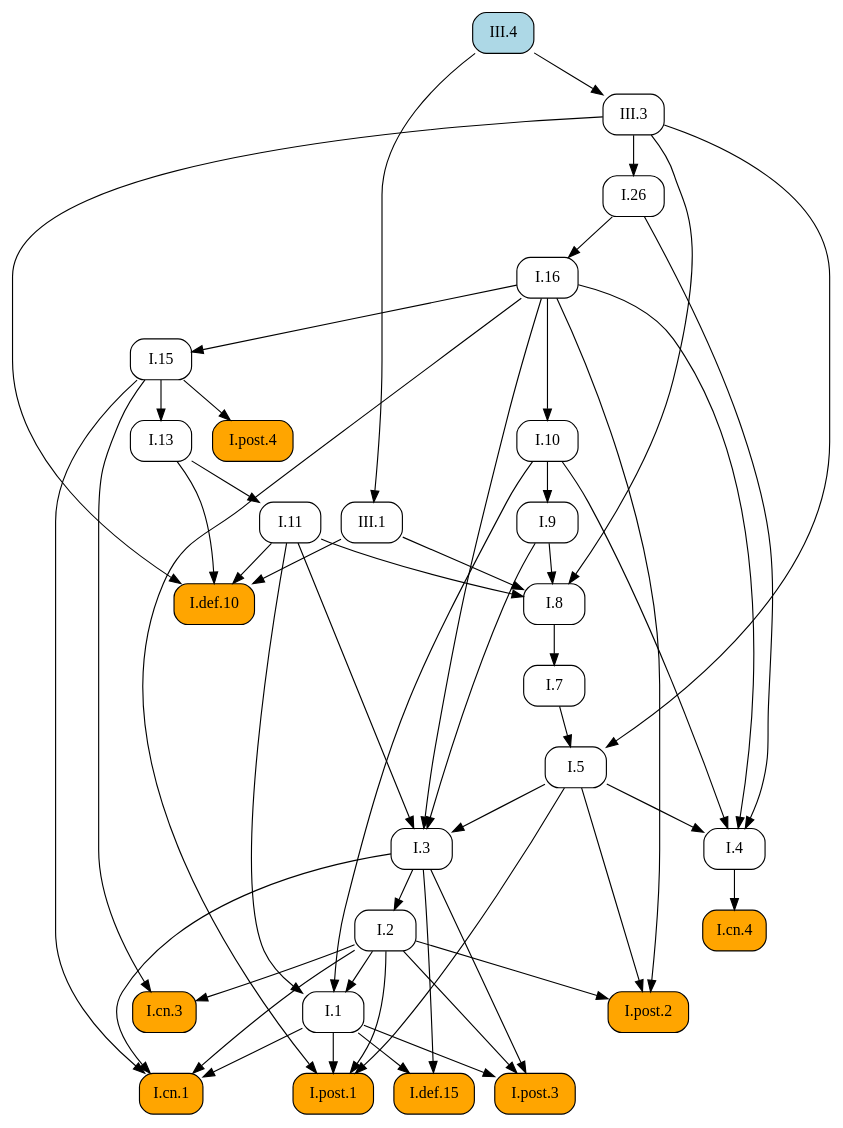
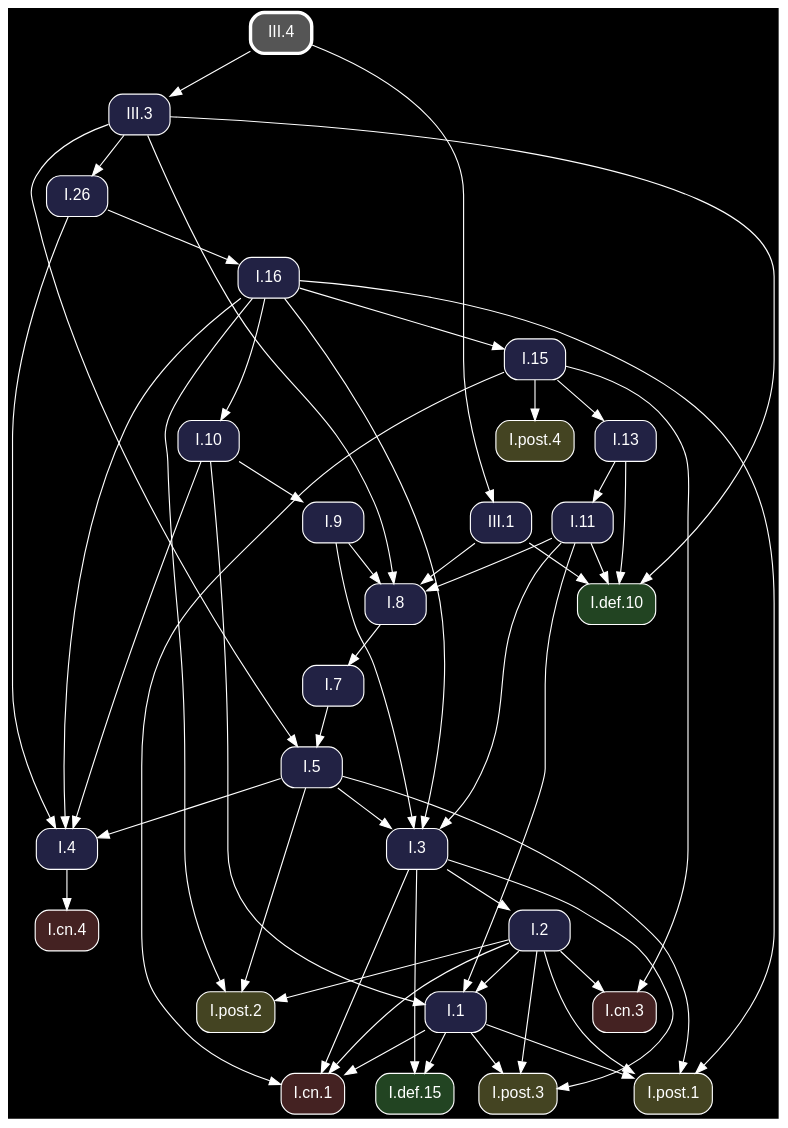
One commit to geometor/elements changed the diagram in docsrc/heath/III/4/index.rst. Above: the diagram before and after it, drawn with Graphviz. The commit also changed other lines of this file and 1200 other files, not shown here.

Commit message:
update dependency graphs

```diff
--- a/docsrc/heath/III/4/index.rst
+++ b/docsrc/heath/III/4/index.rst
@@ -58,84 +58,86 @@
 .. graphviz::
 
    digraph {
+     bgcolor="black";
+     node [shape=box, style="rounded,filled", fontname="Helvetica", color="white", fontcolor="white"];
+     edge [color="white", fontcolor="white"];
      rankdir="TB";
-     node [shape=box, style=rounded];
-     "I.9" [URL="/heath/I/9/", target="_top"];
-     "I.cn.1" [style="rounded,filled", fillcolor=orange, URL="/heath/I/cn.1/", target="_top"];
-     "I.7" [URL="/heath/I/7/", target="_top"];
-     "I.2" [URL="/heath/I/2/", target="_top"];
-     "I.def.15" [style="rounded,filled", fillcolor=orange, URL="/heath/I/def.15/", target="_top"];
-     "I.13" [URL="/heath/I/13/", target="_top"];
-     "I.post.4" [style="rounded,filled", fillcolor=orange, URL="/heath/I/post.4/", target="_top"];
-     "I.4" [URL="/heath/I/4/", target="_top"];
-     "I.1" [URL="/heath/I/1/", target="_top"];
-     "I.post.3" [style="rounded,filled", fillcolor=orange, URL="/heath/I/post.3/", target="_top"];
-     "III.1" [URL="/heath/III/1/", target="_top"];
-     "I.post.1" [style="rounded,filled", fillcolor=orange, URL="/heath/I/post.1/", target="_top"];
-     "I.5" [URL="/heath/I/5/", target="_top"];
-     "I.8" [URL="/heath/I/8/", target="_top"];
-     "III.3" [URL="/heath/III/3/", target="_top"];
-     "I.cn.3" [style="rounded,filled", fillcolor=orange, URL="/heath/I/cn.3/", target="_top"];
-     "III.4" [style="rounded,filled", fillcolor=lightblue, URL="/heath/III/4/", target="_top"];
-     "I.16" [URL="/heath/I/16/", target="_top"];
-     "I.def.10" [style="rounded,filled", fillcolor=orange, URL="/heath/I/def.10/", target="_top"];
-     "I.15" [URL="/heath/I/15/", target="_top"];
-     "I.10" [URL="/heath/I/10/", target="_top"];
-     "I.11" [URL="/heath/I/11/", target="_top"];
-     "I.cn.4" [style="rounded,filled", fillcolor=orange, URL="/heath/I/cn.4/", target="_top"];
-     "I.post.2" [style="rounded,filled", fillcolor=orange, URL="/heath/I/post.2/", target="_top"];
-     "I.26" [URL="/heath/I/26/", target="_top"];
-     "I.3" [URL="/heath/I/3/", target="_top"];
-     "I.10" -> "I.9";
+     "I.3" [fillcolor="#222244", URL="/heath/I/3/", target="_top"];
+     "I.post.1" [fillcolor="#444422", URL="/heath/I/post.1/", target="_top"];
+     "I.cn.1" [fillcolor="#442222", URL="/heath/I/cn.1/", target="_top"];
+     "I.def.10" [fillcolor="#224422", URL="/heath/I/def.10/", target="_top"];
+     "I.15" [fillcolor="#222244", URL="/heath/I/15/", target="_top"];
+     "III.4" [penwidth=3, color="white", fillcolor="#555555", URL="/heath/III/4/", target="_top"];
+     "I.11" [fillcolor="#222244", URL="/heath/I/11/", target="_top"];
+     "I.16" [fillcolor="#222244", URL="/heath/I/16/", target="_top"];
+     "I.cn.3" [fillcolor="#442222", URL="/heath/I/cn.3/", target="_top"];
+     "I.13" [fillcolor="#222244", URL="/heath/I/13/", target="_top"];
+     "I.2" [fillcolor="#222244", URL="/heath/I/2/", target="_top"];
+     "I.post.2" [fillcolor="#444422", URL="/heath/I/post.2/", target="_top"];
+     "III.1" [fillcolor="#222244", URL="/heath/III/1/", target="_top"];
+     "I.cn.4" [fillcolor="#442222", URL="/heath/I/cn.4/", target="_top"];
+     "I.9" [fillcolor="#222244", URL="/heath/I/9/", target="_top"];
+     "I.1" [fillcolor="#222244", URL="/heath/I/1/", target="_top"];
+     "III.3" [fillcolor="#222244", URL="/heath/III/3/", target="_top"];
+     "I.post.4" [fillcolor="#444422", URL="/heath/I/post.4/", target="_top"];
+     "I.26" [fillcolor="#222244", URL="/heath/I/26/", target="_top"];
+     "I.8" [fillcolor="#222244", URL="/heath/I/8/", target="_top"];
+     "I.4" [fillcolor="#222244", URL="/heath/I/4/", target="_top"];
+     "I.post.3" [fillcolor="#444422", URL="/heath/I/post.3/", target="_top"];
+     "I.7" [fillcolor="#222244", URL="/heath/I/7/", target="_top"];
+     "I.def.15" [fillcolor="#224422", URL="/heath/I/def.15/", target="_top"];
+     "I.5" [fillcolor="#222244", URL="/heath/I/5/", target="_top"];
+     "I.10" [fillcolor="#222244", URL="/heath/I/10/", target="_top"];
+     "I.5" -> "I.3";
+     "I.9" -> "I.3";
+     "I.11" -> "I.3";
+     "I.16" -> "I.3";
+     "I.1" -> "I.post.1";
+     "I.2" -> "I.post.1";
+     "I.5" -> "I.post.1";
+     "I.16" -> "I.post.1";
      "I.1" -> "I.cn.1";
      "I.2" -> "I.cn.1";
      "I.3" -> "I.cn.1";
      "I.15" -> "I.cn.1";
-     "I.8" -> "I.7";
-     "I.3" -> "I.2";
-     "I.1" -> "I.def.15";
-     "I.3" -> "I.def.15";
-     "I.15" -> "I.13";
-     "I.15" -> "I.post.4";
-     "I.5" -> "I.4";
-     "I.10" -> "I.4";
-     "I.16" -> "I.4";
-     "I.26" -> "I.4";
-     "I.2" -> "I.1";
-     "I.10" -> "I.1";
-     "I.11" -> "I.1";
-     "I.1" -> "I.post.3";
-     "I.2" -> "I.post.3";
-     "I.3" -> "I.post.3";
-     "III.4" -> "III.1";
-     "I.1" -> "I.post.1";
-     "I.2" -> "I.post.1";
-     "I.5" -> "I.post.1";
-     "I.16" -> "I.post.1";
-     "I.7" -> "I.5";
-     "III.3" -> "I.5";
-     "I.9" -> "I.8";
-     "I.11" -> "I.8";
-     "III.1" -> "I.8";
-     "III.3" -> "I.8";
-     "III.4" -> "III.3";
-     "I.2" -> "I.cn.3";
-     "I.15" -> "I.cn.3";
-     "I.26" -> "I.16";
      "I.11" -> "I.def.10";
      "I.13" -> "I.def.10";
      "III.1" -> "I.def.10";
      "III.3" -> "I.def.10";
      "I.16" -> "I.15";
-     "I.16" -> "I.10";
      "I.13" -> "I.11";
-     "I.4" -> "I.cn.4";
+     "I.26" -> "I.16";
+     "I.2" -> "I.cn.3";
+     "I.15" -> "I.cn.3";
+     "I.15" -> "I.13";
+     "I.3" -> "I.2";
      "I.2" -> "I.post.2";
      "I.5" -> "I.post.2";
      "I.16" -> "I.post.2";
+     "III.4" -> "III.1";
+     "I.4" -> "I.cn.4";
+     "I.10" -> "I.9";
+     "I.2" -> "I.1";
+     "I.10" -> "I.1";
+     "I.11" -> "I.1";
+     "III.4" -> "III.3";
+     "I.15" -> "I.post.4";
      "III.3" -> "I.26";
-     "I.5" -> "I.3";
-     "I.9" -> "I.3";
-     "I.11" -> "I.3";
-     "I.16" -> "I.3";
+     "I.9" -> "I.8";
+     "I.11" -> "I.8";
+     "III.1" -> "I.8";
+     "III.3" -> "I.8";
+     "I.5" -> "I.4";
+     "I.10" -> "I.4";
+     "I.16" -> "I.4";
+     "I.26" -> "I.4";
+     "I.1" -> "I.post.3";
+     "I.2" -> "I.post.3";
+     "I.3" -> "I.post.3";
+     "I.8" -> "I.7";
+     "I.1" -> "I.def.15";
+     "I.3" -> "I.def.15";
+     "I.7" -> "I.5";
+     "III.3" -> "I.5";
+     "I.16" -> "I.10";
    }
```
